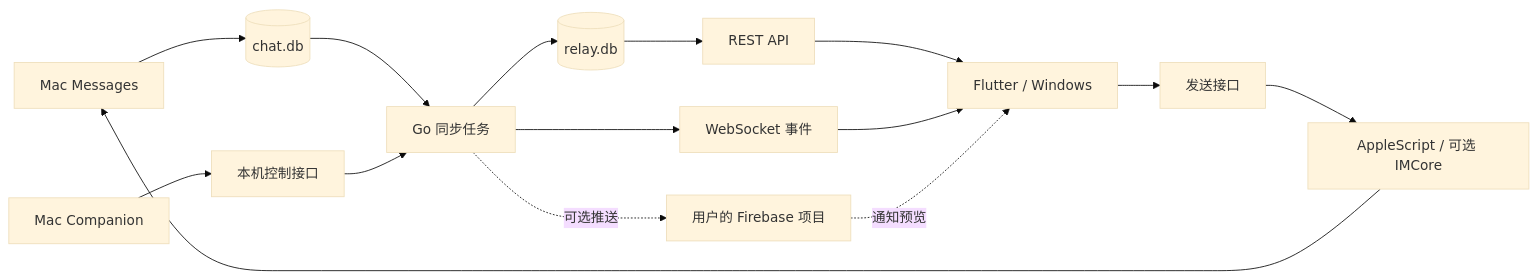
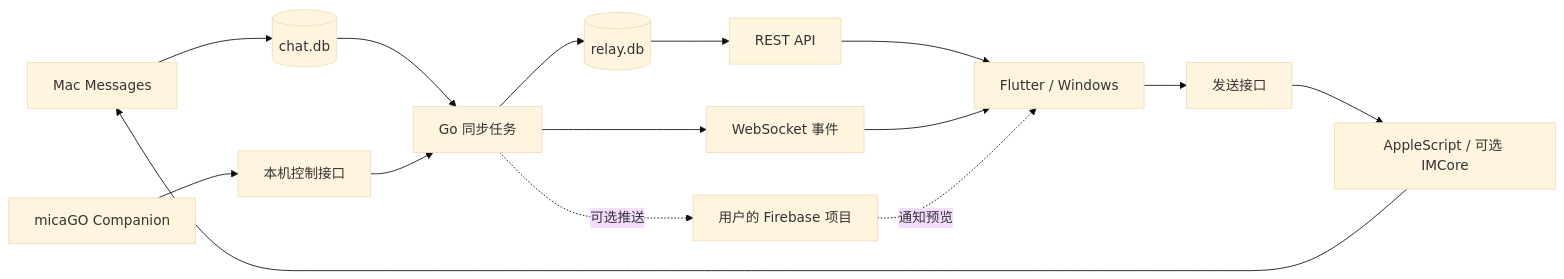
One commit to cinmou/micaGO changed the diagram in docs/ARCHITECTURE.md. Above: the diagram before and after it, drawn with Mermaid (base theme). The commit also changed other lines of this file and 29 other files, not shown here.

````diff
--- a/docs/ARCHITECTURE.md
+++ b/docs/ARCHITECTURE.md
@@ -14,17 +14,17 @@
 ```mermaid
 flowchart LR
     Messages[Mac Messages] --> ChatDB[(chat.db)]
     ChatDB --> Sync[Go 同步任务]
     Sync --> Relay[(relay.db)]
     Relay --> API[REST API]
     Sync --> WS[WebSocket 事件]
     API --> Client[Flutter / Windows]
     WS --> Client
     Client --> Send[发送接口]
     Send --> AppleScript[AppleScript / 可选 IMCore]
     AppleScript --> Messages
-    Companion[Mac Companion] --> Control[本机控制接口]
+    Companion[micaGO Companion] --> Control[本机控制接口]
     Control --> Sync
     Sync -. 可选推送 .-> FCM[用户的 Firebase 项目]
     FCM -. 通知预览 .-> Client
 ```
````
